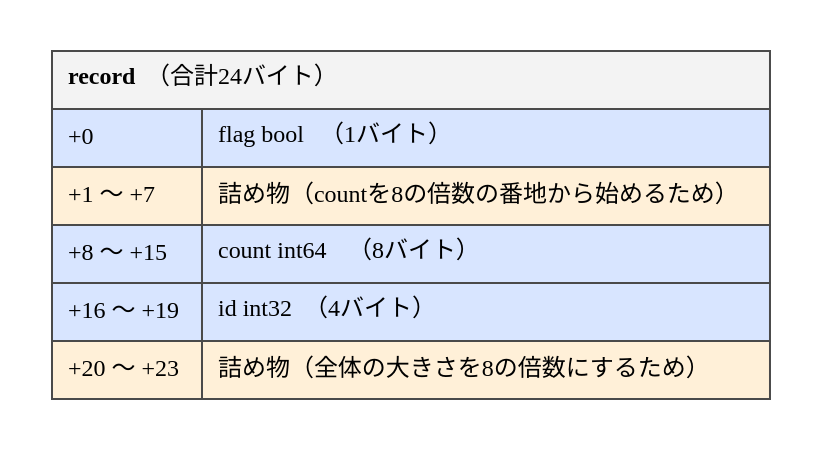
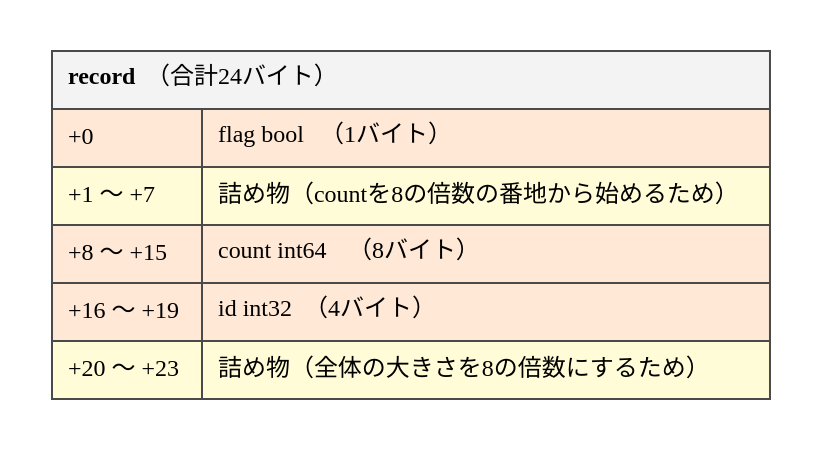
One commit to ymotongpoo/zenn.dev changed the diagram in diagrams/go-ebpf-primer/20260820-struct-padding.dot. Above: the diagram before and after it, drawn with Graphviz. The commit also changed 109 other files, not shown here.

First line of the commit message:
change(go-ebpf-primer): 図の主系列/ストレージ/補助カテゴリをPrimary/Secondary色に再調整

```diff
--- a/diagrams/go-ebpf-primer/20260820-struct-padding.dot
+++ b/diagrams/go-ebpf-primer/20260820-struct-padding.dot
@@ -1,35 +1,35 @@
 // フィールドの並びとパディング
 digraph struct_padding {
   graph [
     fontname="IBM Plex Sans JP", fontsize=13,
     rankdir=TB, compound=true, splines=true,
     nodesep=0.5, ranksep=0.7, pad=0.25,
     bgcolor="white", newrank=true
   ];
   node [
     fontname="IBM Plex Sans JP", fontsize=12,
     shape=box, style="rounded,filled",
     fillcolor="#F1F1F1", color="#4A4A4A", penwidth=1.6,
     margin="0.2,0.14"
   ];
   edge [
     fontname="IBM Plex Sans JP", fontsize=11,
     color="#343434", penwidth=1.4, arrowsize=0.9,
     fontcolor="#171717"
   ];
 
   rec [shape=plain, style="", label=<
     <table border="0" cellborder="1" cellspacing="0" cellpadding="7" color="#4A4A4A">
       <tr><td colspan="2" align="left" bgcolor="#F3F3F3"><font face="JetBrains Mono"><b>record</b></font>（合計24バイト）</td></tr>
-      <tr><td align="left" bgcolor="#D8E5FF"><font face="JetBrains Mono">+0</font></td>
-          <td align="left" bgcolor="#D8E5FF"><font face="JetBrains Mono">flag bool</font>（1バイト）</td></tr>
-      <tr><td align="left" bgcolor="#FFF0D8"><font face="JetBrains Mono">+1 〜 +7</font></td>
-          <td align="left" bgcolor="#FFF0D8">詰め物（countを8の倍数の番地から始めるため）</td></tr>
-      <tr><td align="left" bgcolor="#D8E5FF"><font face="JetBrains Mono">+8 〜 +15</font></td>
-          <td align="left" bgcolor="#D8E5FF"><font face="JetBrains Mono">count int64</font>（8バイト）</td></tr>
-      <tr><td align="left" bgcolor="#D8E5FF"><font face="JetBrains Mono">+16 〜 +19</font></td>
-          <td align="left" bgcolor="#D8E5FF"><font face="JetBrains Mono">id int32</font>（4バイト）</td></tr>
-      <tr><td align="left" bgcolor="#FFF0D8"><font face="JetBrains Mono">+20 〜 +23</font></td>
-          <td align="left" bgcolor="#FFF0D8">詰め物（全体の大きさを8の倍数にするため）</td></tr>
+      <tr><td align="left" bgcolor="#FFE9D6"><font face="JetBrains Mono">+0</font></td>
+          <td align="left" bgcolor="#FFE9D6"><font face="JetBrains Mono">flag bool</font>（1バイト）</td></tr>
+      <tr><td align="left" bgcolor="#FFFCD7"><font face="JetBrains Mono">+1 〜 +7</font></td>
+          <td align="left" bgcolor="#FFFCD7">詰め物（countを8の倍数の番地から始めるため）</td></tr>
+      <tr><td align="left" bgcolor="#FFE9D6"><font face="JetBrains Mono">+8 〜 +15</font></td>
+          <td align="left" bgcolor="#FFE9D6"><font face="JetBrains Mono">count int64</font>（8バイト）</td></tr>
+      <tr><td align="left" bgcolor="#FFE9D6"><font face="JetBrains Mono">+16 〜 +19</font></td>
+          <td align="left" bgcolor="#FFE9D6"><font face="JetBrains Mono">id int32</font>（4バイト）</td></tr>
+      <tr><td align="left" bgcolor="#FFFCD7"><font face="JetBrains Mono">+20 〜 +23</font></td>
+          <td align="left" bgcolor="#FFFCD7">詰め物（全体の大きさを8の倍数にするため）</td></tr>
     </table>>];
 }
```
